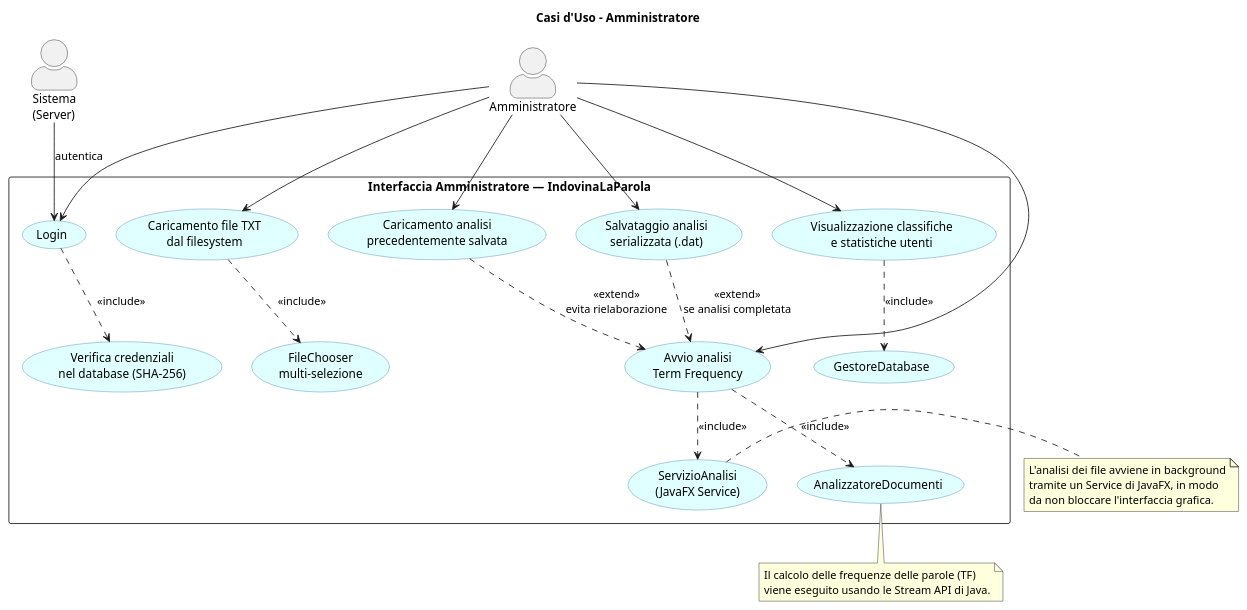
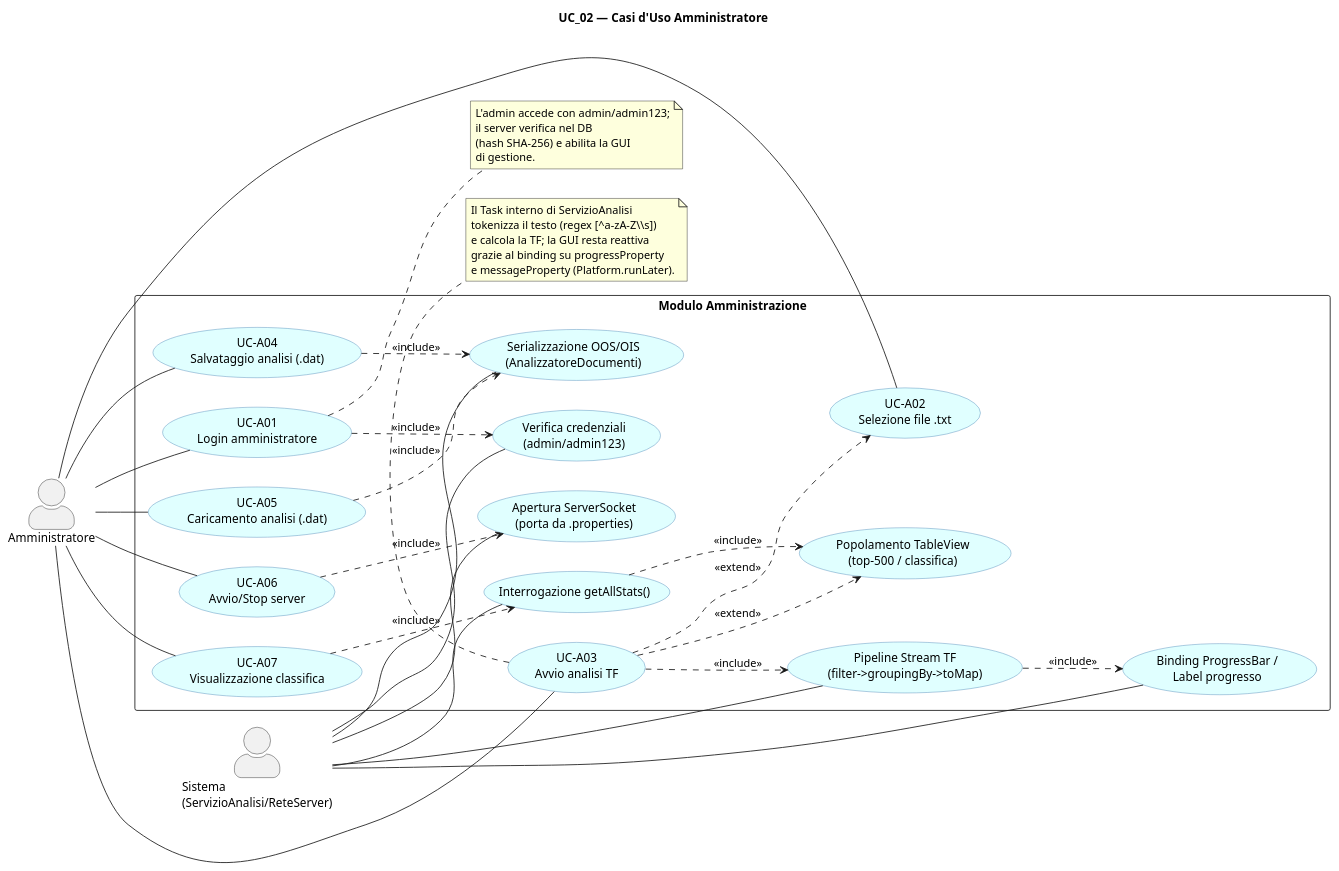
The diagram in Documenti/Diagrammi/UC_02_Amministratore.puml (Michele-Pio-Russo/Progetto_Java_Avanzata_Gruppo_2), drawn with PlantUML before and after one commit. The commit also changed 26 other files, not shown here.

```diff
--- a/Documenti/Diagrammi/UC_02_Amministratore.puml
+++ b/Documenti/Diagrammi/UC_02_Amministratore.puml
@@ -1,63 +1,76 @@
 @startuml UC_02_Amministratore
+left to right direction
 skinparam actorStyle awesome
 skinparam packageStyle rectangle
 skinparam usecase {
   BackgroundColor LightCyan
   BorderColor SteelBlue
 }
 
-title Casi d'Uso - Amministratore
+title UC_02 — Casi d'Uso Amministratore
 
-actor "Amministratore" as Admin
-actor "Sistema\n(Server)" as Server
+actor "Amministratore" as A
+actor "Sistema\n(ServizioAnalisi/ReteServer)" as S
 
-rectangle "Interfaccia Amministratore — IndovinaLaParola" {
+rectangle "Modulo Amministrazione" {
+  usecase "UC-A01\nLogin amministratore" as UCA01
+  usecase "UC-A06\nAvvio/Stop server" as UCA06
+  usecase "UC-A02\nSelezione file .txt" as UCA02
+  usecase "UC-A03\nAvvio analisi TF" as UCA03
+  usecase "UC-A04\nSalvataggio analisi (.dat)" as UCA04
+  usecase "UC-A05\nCaricamento analisi (.dat)" as UCA05
+  usecase "UC-A07\nVisualizzazione classifica" as UCA07
 
-  usecase "Login" as A01
-  usecase "Verifica credenziali\nnel database (SHA-256)" as A01s
-
-  usecase "Caricamento file TXT\ndal filesystem" as A02
-  usecase "FileChooser\nmulti-selezione" as A02s
-
-  usecase "Avvio analisi\nTerm Frequency" as A03
-  usecase "ServizioAnalisi\n(JavaFX Service)" as A03s
-  usecase "AnalizzatoreDocumenti" as A03t
-
-  usecase "Salvataggio analisi\nserializzata (.dat)" as A04
-
-  usecase "Caricamento analisi\nprecedentemente salvata" as A05
-
-  usecase "Visualizzazione classifiche\ne statistiche utenti" as A06
-  usecase "GestoreDatabase" as A06s
+  usecase "Verifica credenziali\n(admin/admin123)" as UCA_CHECK
+  usecase "Apertura ServerSocket\n(porta da .properties)" as UCA_SOCKET
+  usecase "Pipeline Stream TF\n(filter->groupingBy->toMap)" as UCA_TF
+  usecase "Binding ProgressBar /\nLabel progresso" as UCA_PROG
+  usecase "Serializzazione OOS/OIS\n(AnalizzatoreDocumenti)" as UCA_SER
+  usecase "Interrogazione getAllStats()" as UCA_STATS
+  usecase "Popolamento TableView\n(top-500 / classifica)" as UCA_TABLE
 }
 
-Admin --> A01
-Admin --> A02
-Admin --> A03
-Admin --> A04
-Admin --> A05
-Admin --> A06
+A -- UCA01
+A -- UCA06
+A -- UCA02
+A -- UCA03
+A -- UCA04
+A -- UCA05
+A -- UCA07
 
-Server --> A01 : autentica
+S -- UCA_CHECK
+S -- UCA_SOCKET
+S -- UCA_TF
+S -- UCA_PROG
+S -- UCA_SER
+S -- UCA_STATS
 
-A01 ..> A01s : <<include>>
-A02 ..> A02s : <<include>>
-A03 ..> A03s : <<include>>
-A03 ..> A03t : <<include>>
-A06 ..> A06s : <<include>>
+UCA01 ..> UCA_CHECK  : <<include>>
+UCA06 ..> UCA_SOCKET : <<include>>
 
-A04 ..> A03 : <<extend>>\nse analisi completata
-A05 ..> A03 : <<extend>>\nevita rielaborazione
+UCA03 ..> UCA_TF   : <<include>>
+UCA03 ..> UCA02    : <<extend>>
+UCA_TF ..> UCA_PROG : <<include>>
+UCA03 ..> UCA_TABLE : <<extend>>
 
-note right of A03s
-  L'analisi dei file avviene in background
-  tramite un Service di JavaFX, in modo
-  da non bloccare l'interfaccia grafica.
+UCA04 ..> UCA_SER : <<include>>
+UCA05 ..> UCA_SER : <<include>>
+
+UCA07 ..> UCA_STATS : <<include>>
+UCA_STATS ..> UCA_TABLE : <<include>>
+
+note right of UCA01
+  L'admin accede con admin/admin123;
+  il server verifica nel DB
+  (hash SHA-256) e abilita la GUI
+  di gestione.
 end note
 
-note bottom of A03t
-  Il calcolo delle frequenze delle parole (TF)
-  viene eseguito usando le Stream API di Java.
+note bottom of UCA03
+  Il Task interno di ServizioAnalisi
+  tokenizza il testo (regex [^a-zA-Z\\s])
+  e calcola la TF; la GUI resta reattiva
+  grazie al binding su progressProperty
+  e messageProperty (Platform.runLater).
 end note
-
 @enduml
```
